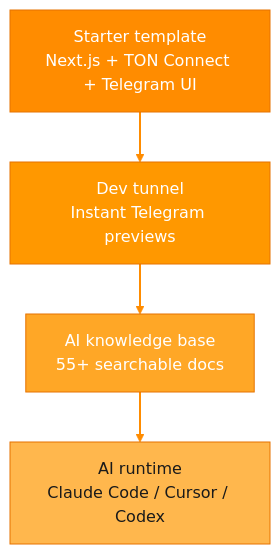
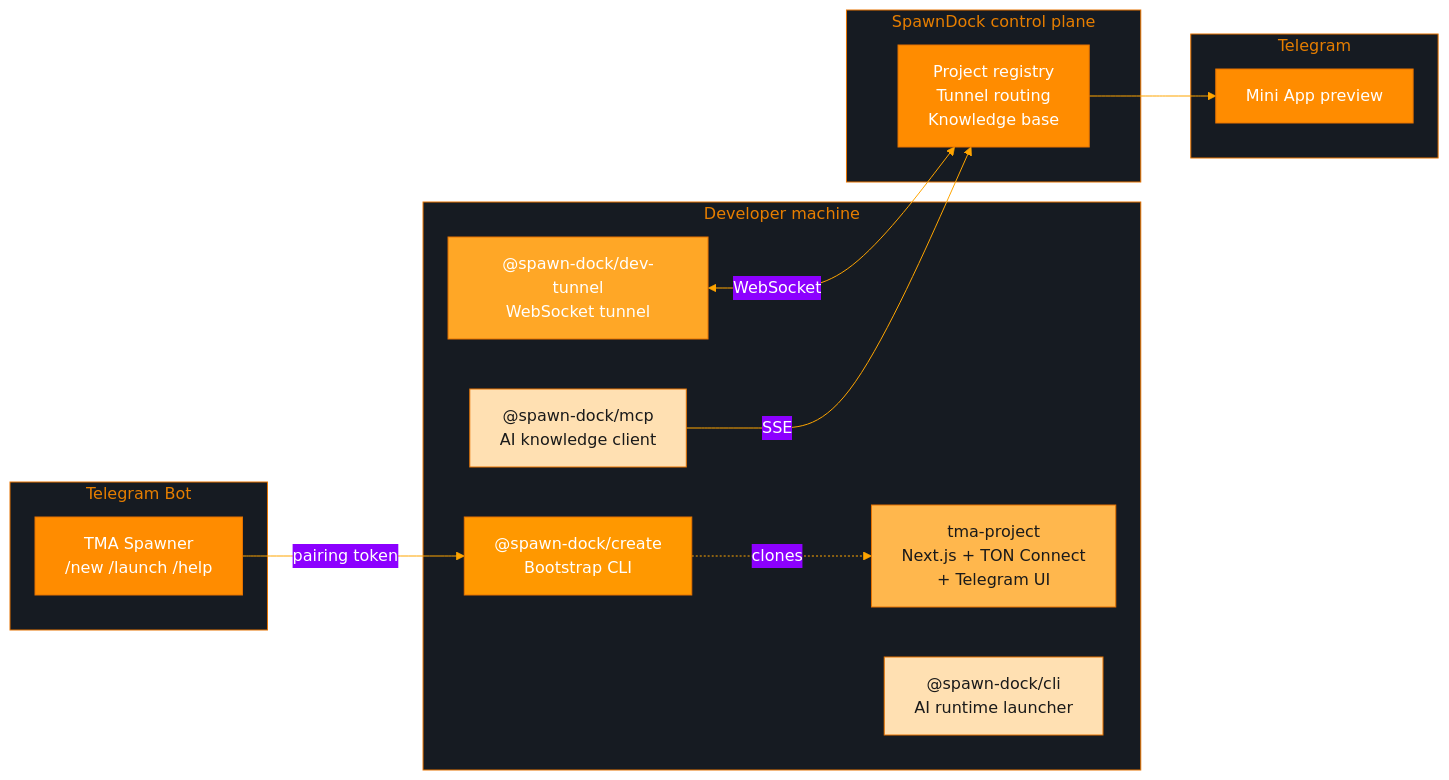
Before and after one commit to SpawnDock/.github: the second of 2 diagrams in profile/README.md, drawn with Mermaid. The commit also changed other lines of this file, not shown here.

First line of the commit message:
docs: rewrite profile README around TMA Spawner as first product

````diff
--- a/profile/README.md
+++ b/profile/README.md
@@ -69,14 +56,38 @@
 ```mermaid
-%%{init: {'theme': 'base', 'themeVariables': {'primaryColor': '#ff8c00', 'primaryTextColor': '#fff', 'primaryBorderColor': '#e67300', 'lineColor': '#ffa500', 'clusterBkg': '#1e1e1e', 'clusterBorder': '#ff8c00', 'background': '#0d1117'}}}%%
-flowchart TD
-  A["Starter template\nNext.js + TON Connect + Telegram UI"] --> B["Dev tunnel\nInstant Telegram previews"]
-  B --> C["AI knowledge base\n55+ searchable docs"]
-  C --> D["AI runtime\nClaude Code / Cursor / Codex"]
+%%{init: {'theme': 'base', 'themeVariables': {'primaryColor': '#ff8c00', 'primaryTextColor': '#fff', 'primaryBorderColor': '#e67300', 'lineColor': '#ffa500', 'clusterBkg': '#161b22', 'clusterBorder': '#e67300', 'background': '#0d1117'}}}%%
+flowchart LR
+  subgraph bot["Telegram Bot"]
+    spawner["TMA Spawner\n/new /launch /help"]
+  end
 
-  style A fill:#ff8c00,stroke:#e67300,color:#fff
-  style B fill:#ff9800,stroke:#e67300,color:#fff
-  style C fill:#ffa726,stroke:#e67300,color:#fff
-  style D fill:#ffb74d,stroke:#e67300,color:#1a1a1a
+  subgraph local["Developer machine"]
+    create["@spawn-dock/create\nBootstrap CLI"]
+    tmpl["tma-project\nNext.js + TON Connect\n+ Telegram UI"]
+    tunnel["@spawn-dock/dev-tunnel\nWebSocket tunnel"]
+    mcp["@spawn-dock/mcp\nAI knowledge client"]
+    cli["@spawn-dock/cli\nAI runtime launcher"]
+  end
 
-  linkStyle default stroke:#ff8c00,stroke-width:2px
+  subgraph cloud["SpawnDock control plane"]
+    api["Project registry\nTunnel routing\nKnowledge base"]
+  end
+
+  subgraph tg["Telegram"]
+    preview["Mini App preview"]
+  end
+
+  spawner -->|"pairing token"| create
+  create -.->|clones| tmpl
+  tunnel <-->|WebSocket| api
+  mcp -->|SSE| api
+  api --> preview
+
+  style spawner fill:#ff8c00,stroke:#e67300,color:#fff
+  style create fill:#ff9800,stroke:#e67300,color:#fff
+  style tmpl fill:#ffb74d,stroke:#e67300,color:#1a1a1a
+  style tunnel fill:#ffa726,stroke:#e67300,color:#fff
+  style mcp fill:#ffe0b2,stroke:#e67300,color:#1a1a1a
+  style cli fill:#ffe0b2,stroke:#e67300,color:#1a1a1a
+  style api fill:#ff8c00,stroke:#e67300,color:#fff
+  style preview fill:#ff8c00,stroke:#e67300,color:#fff
 ```
````
